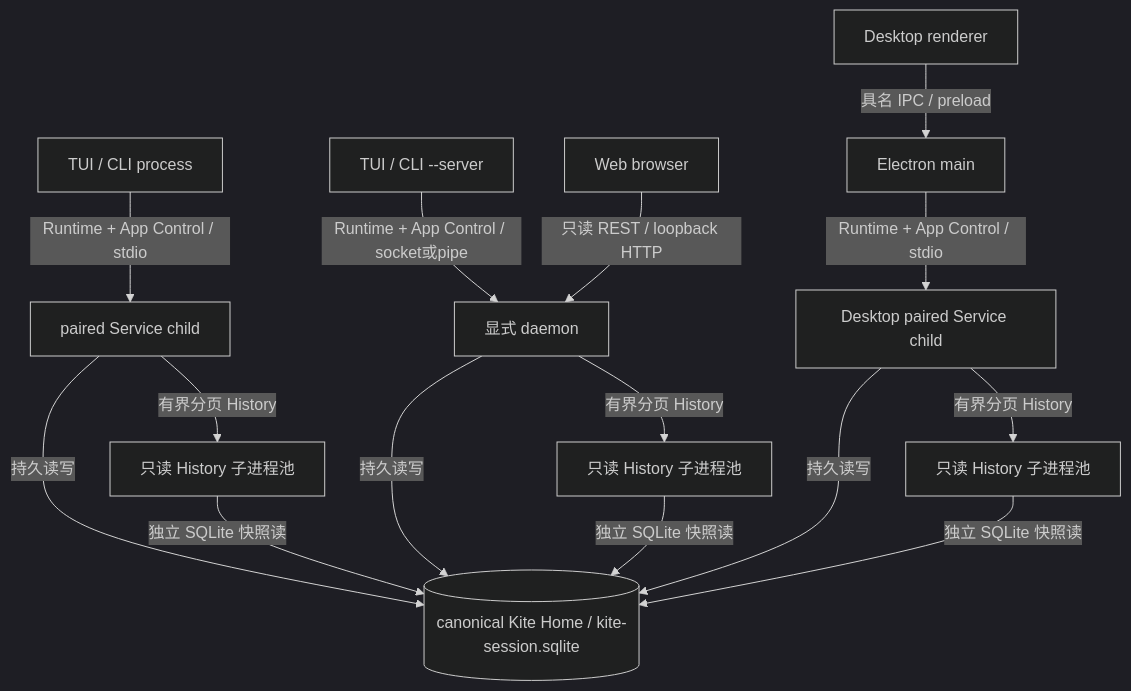
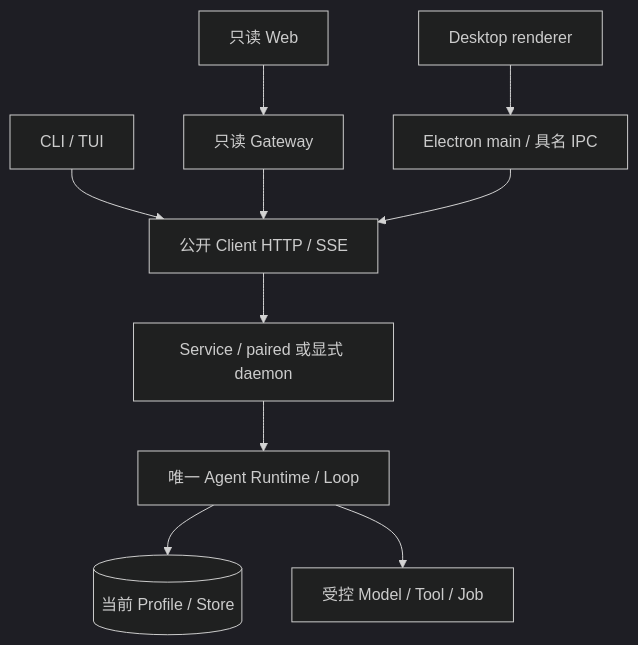
One commit to ferqx/kite-code changed the diagram in docs/development/architecture/topology.md. Above: the diagram before and after it, drawn with Mermaid (dark theme). The commit also changed other lines of this file and 2188 other files, not shown here.

First line of the commit message:
refactor: remove retired architecture and repair current test flows

````diff
--- a/docs/development/architecture/topology.md
+++ b/docs/development/architecture/topology.md
@@ -5,17 +5,12 @@
 ```mermaid
 flowchart TD
-  T[TUI / CLI process] -->|Runtime + App Control / stdio| C[paired Service child]
-  E[TUI / CLI --server] -->|Runtime + App Control / socket或pipe| D[显式 daemon]
-  W[Web browser] -->|只读 REST / loopback HTTP| D
-  R[Desktop renderer] -->|具名 IPC / preload| M[Electron main]
-  M -->|Runtime + App Control / stdio| X[Desktop paired Service child]
-  C -->|持久读写| S[(canonical Kite Home / kite-session.sqlite)]
-  D -->|持久读写| S
-  X -->|持久读写| S
-  C -->|有界分页 History| HC[只读 History 子进程池]
-  D -->|有界分页 History| HD[只读 History 子进程池]
-  X -->|有界分页 History| HX[只读 History 子进程池]
-  HC -->|独立 SQLite 快照读| S
-  HD -->|独立 SQLite 快照读| S
-  HX -->|独立 SQLite 快照读| S
+  T[CLI / TUI] --> C[公开 Client HTTP / SSE]
+  W[只读 Web] --> G[只读 Gateway]
+  G --> C
+  R[Desktop renderer] --> M[Electron main / 具名 IPC]
+  M --> C
+  C --> S[Service / paired 或显式 daemon]
+  S --> A[唯一 Agent Runtime / Loop]
+  A --> DB[(当前 Profile / Store)]
+  A --> IO[受控 Model / Tool / Job]
 ```
````
